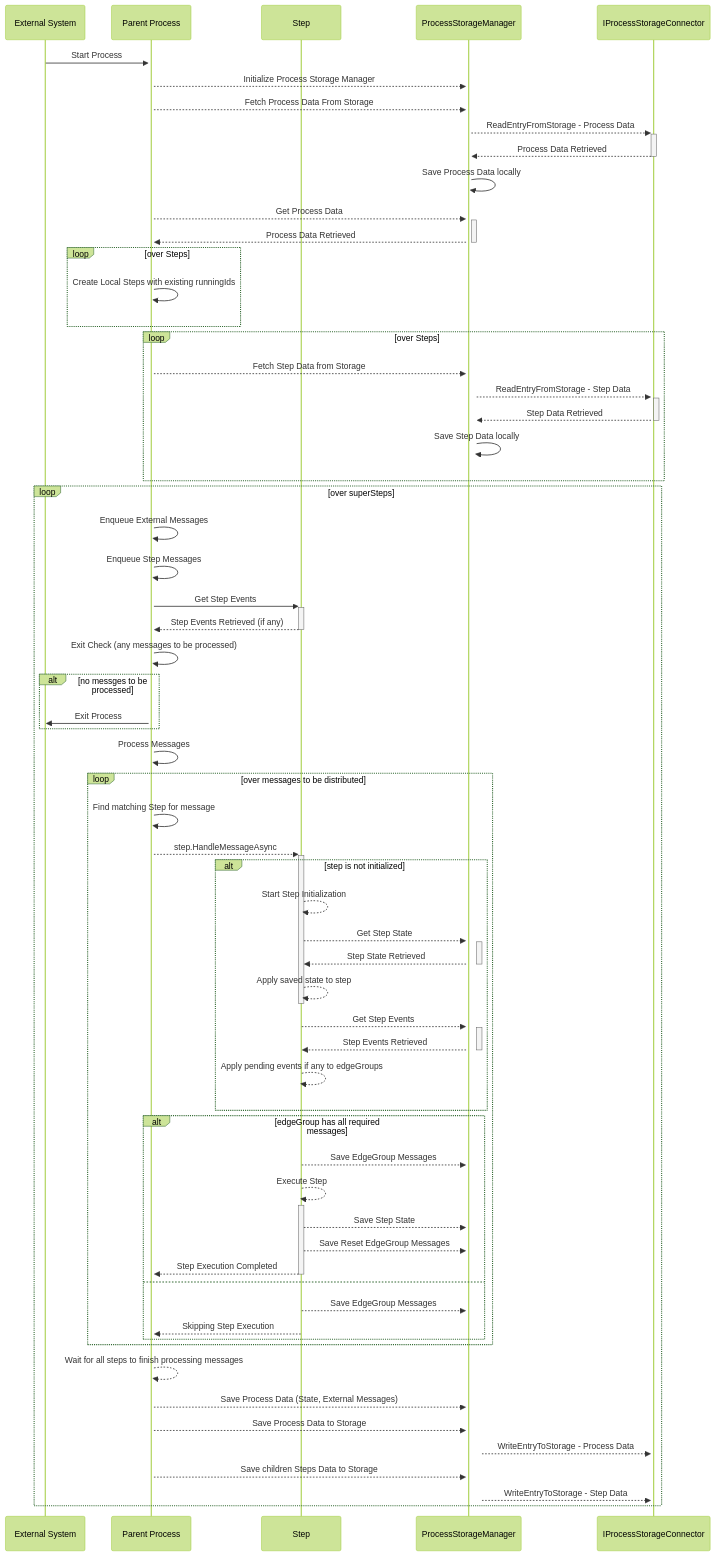
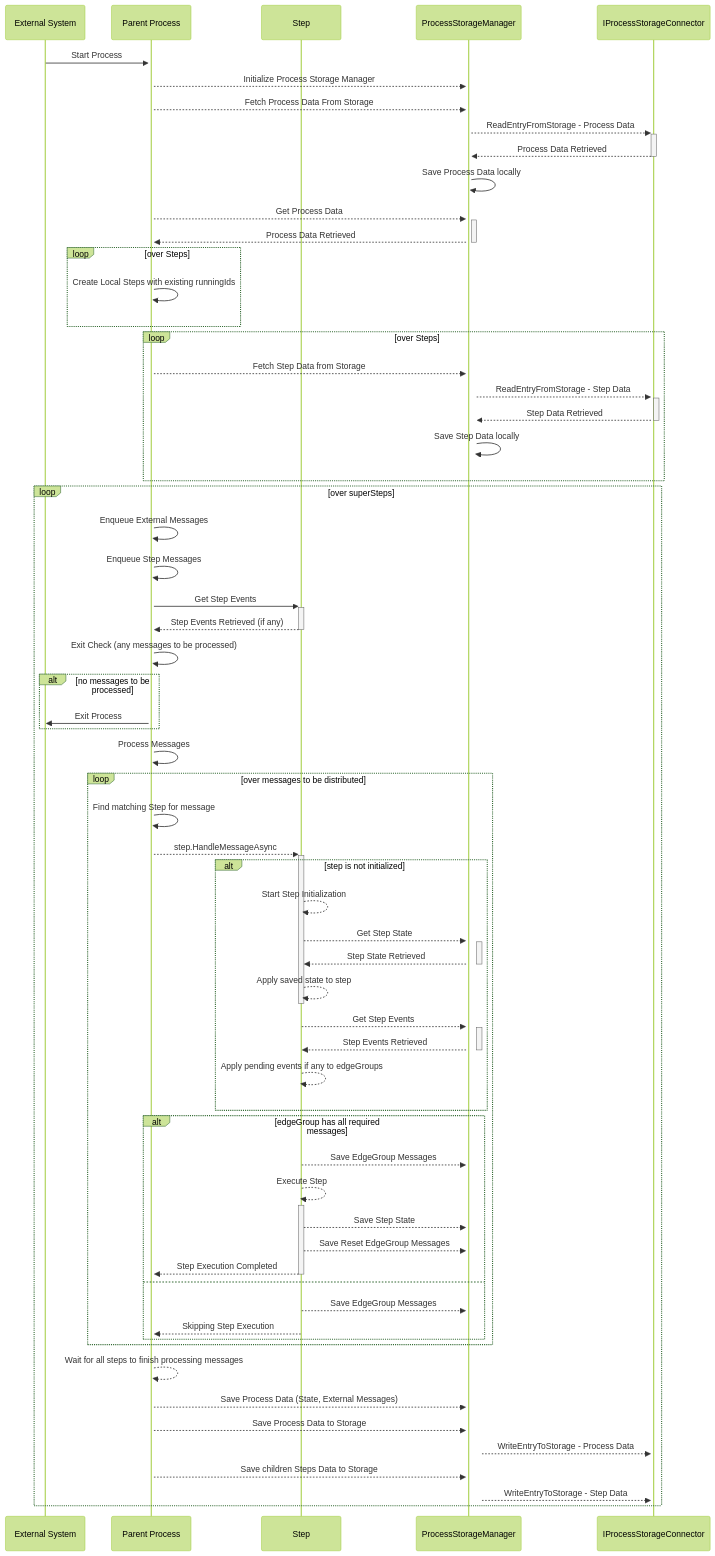
One commit to microsoft/semantic-kernel changed the diagram in dotnet/src/Experimental/Process.LocalRuntime/README.md. Above: the diagram before and after it, drawn with Mermaid (forest theme). The commit also changed 1 other file, not shown here.

Commit message:
spelling

````diff
--- a/dotnet/src/Experimental/Process.LocalRuntime/README.md
+++ b/dotnet/src/Experimental/Process.LocalRuntime/README.md
@@ -37,80 +37,80 @@
 ```mermaid
 sequenceDiagram  
     participant External as External System  
     participant Process as Parent Process  
     participant Step as Step  
     participant PSM as ProcessStorageManager  
     participant IPSC as IProcessStorageConnector  
   
     External->>+Process: Start Process
     Process-->>+PSM: Initialize Process Storage Manager
     Process-->>PSM: Fetch Process Data From Storage
     PSM-->>+IPSC: ReadEntryFromStorage - Process Data
     IPSC-->>-PSM: Process Data Retrieved
     PSM->>+PSM: Save Process Data locally
 
     Process-->>+PSM: Get Process Data
     PSM-->>-Process: Process Data Retrieved
 
     loop over Steps
         Process->>Process: Create Local Steps with existing runningIds
     end
     loop over Steps
         Process-->>+PSM: Fetch Step Data from Storage
         PSM-->>+IPSC: ReadEntryFromStorage - Step Data
         activate IPSC
         IPSC-->>-PSM: Step Data Retrieved
         PSM->>+PSM: Save Step Data locally
     end
     loop over superSteps
         Process->>Process: Enqueue External Messages
         Process->>Process: Enqueue Step Messages
 
         Process->>+Step: Get Step Events
         Step-->>-Process: Step Events Retrieved (if any)
 
         Process->>Process: Exit Check (any messages to be processed)
-        alt no messges to be processed
+        alt no messages to be processed
             Process->>External: Exit Process
         end
 
 
         Process->>Process: Process Messages
         loop over messages to be distributed
             Process->>Process: Find matching Step for message
             Process-->>+Step: step.HandleMessageAsync
             alt step is not initialized
                 Step-->>Step: Start Step Initialization
                 Step-->>+PSM: Get Step State
                 PSM-->>-Step: Step State Retrieved
                 Step-->>-Step: Apply saved state to step
                 Step-->>+PSM: Get Step Events
                 PSM-->>-Step: Step Events Retrieved
                 Step-->>Step: Apply pending events if any to edgeGroups
             end
 
             alt edgeGroup has all required messages
                 Step-->>PSM: Save EdgeGroup Messages
                 Step-->>+Step: Execute Step
                 Step-->>PSM: Save Step State
                 Step-->>PSM: Save Reset EdgeGroup Messages
                 Step-->>-Process: Step Execution Completed
             else
                 Step-->>PSM: Save EdgeGroup Messages
                 Step-->>Process: Skipping Step Execution
             end
         end
 
         Process-->>Process: Wait for all steps to finish processing messages
 
         Process-->>+PSM: Save Process Data (State, External Messages)
         Process-->>PSM: Save Process Data to Storage
         PSM-->>IPSC: WriteEntryToStorage - Process Data
         Process-->>PSM: Save children Steps Data to Storage
         PSM-->>IPSC: WriteEntryToStorage - Step Data
 
     end
 
 
    
 ```
````
